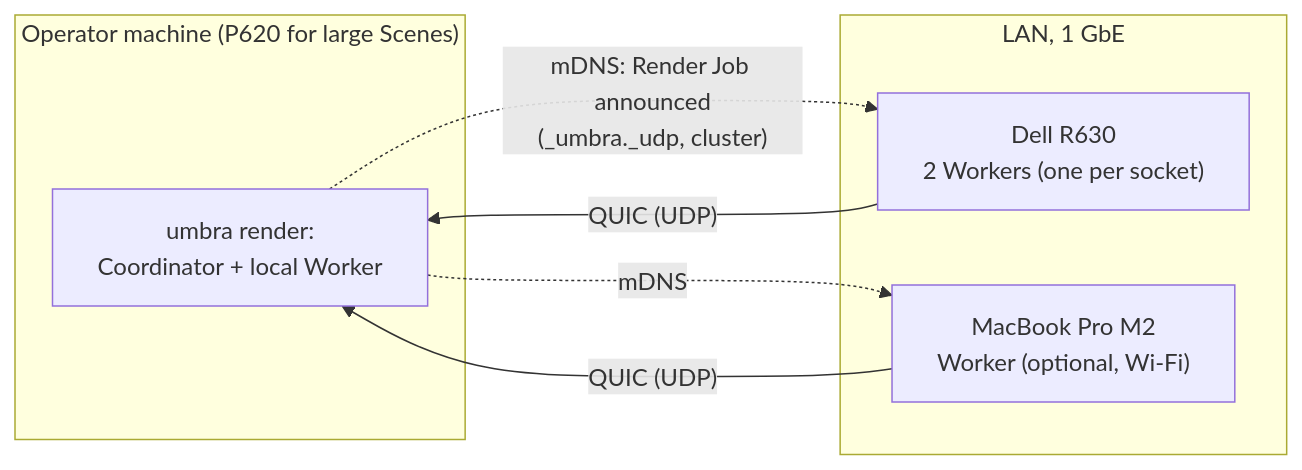
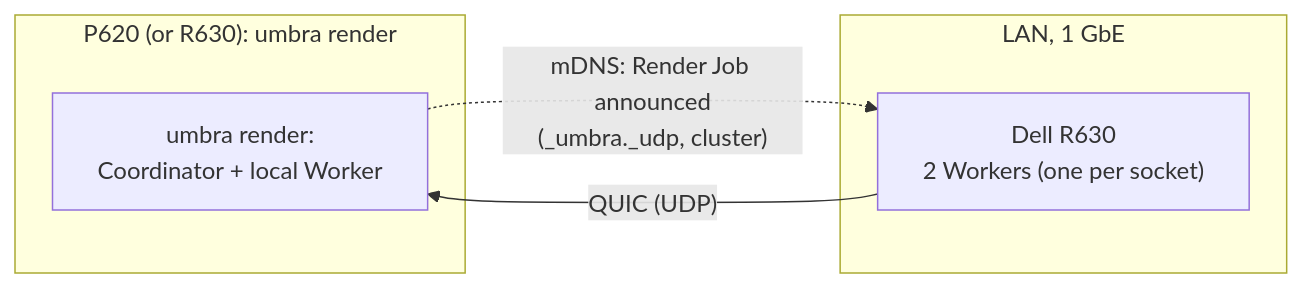
Before and after one commit to sergioffpc/umbra: the diagram in docs/architecture/07-deployment-view.md, drawn with Mermaid. The commit also changed other lines of this file and 28 other files, not shown here.

````diff
--- a/docs/architecture/07-deployment-view.md
+++ b/docs/architecture/07-deployment-view.md
@@ -49,14 +47,11 @@
 ```mermaid
 flowchart LR
-    subgraph op["Operator machine (P620 for large Scenes)"]
+    subgraph op["P620 (or R630): umbra render"]
         coord["umbra render:<br/>Coordinator + local Worker"]
     end
     subgraph lan["LAN, 1 GbE"]
         r630["Dell R630<br/>2 Workers (one per socket)"]
-        mac["MacBook Pro M2<br/>Worker (optional, Wi-Fi)"]
     end
     coord -. "mDNS: Render Job announced<br/>(_umbra._udp, cluster)" .-> r630
-    coord -. "mDNS" .-> mac
     r630 -- "QUIC (UDP)" --> coord
-    mac -- "QUIC (UDP)" --> coord
 ```
````
